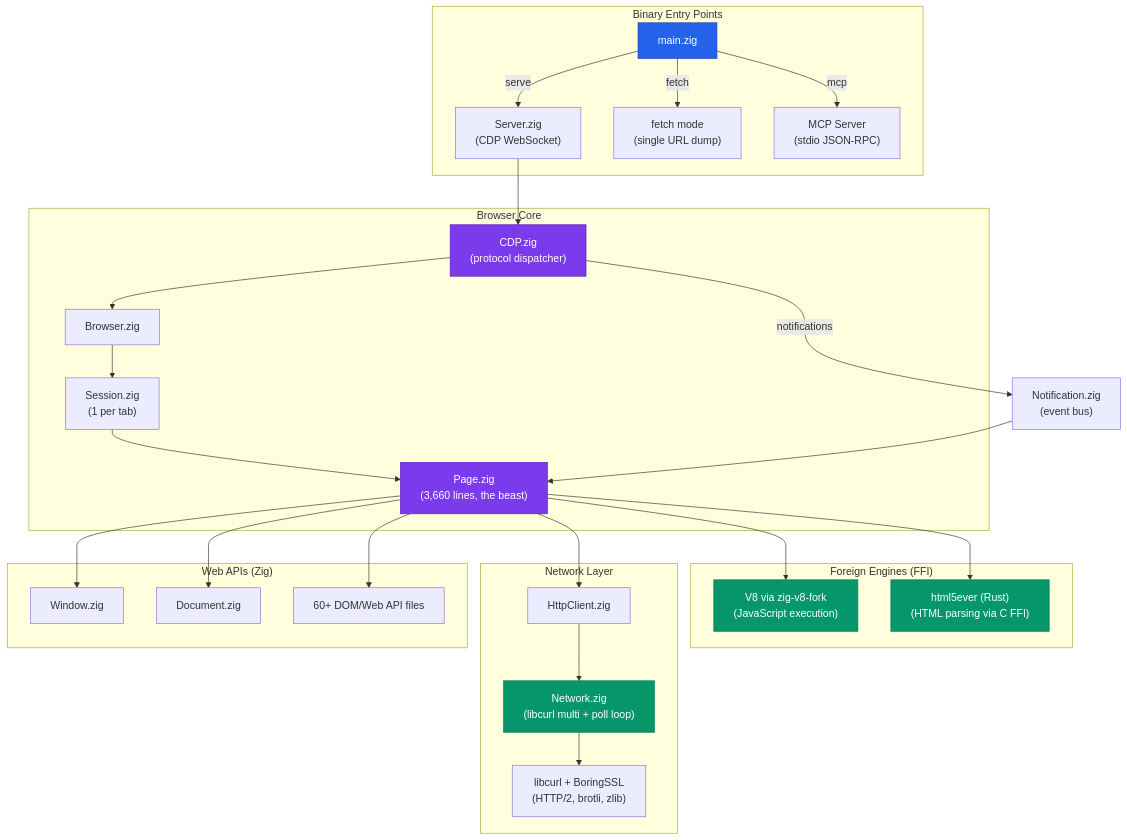
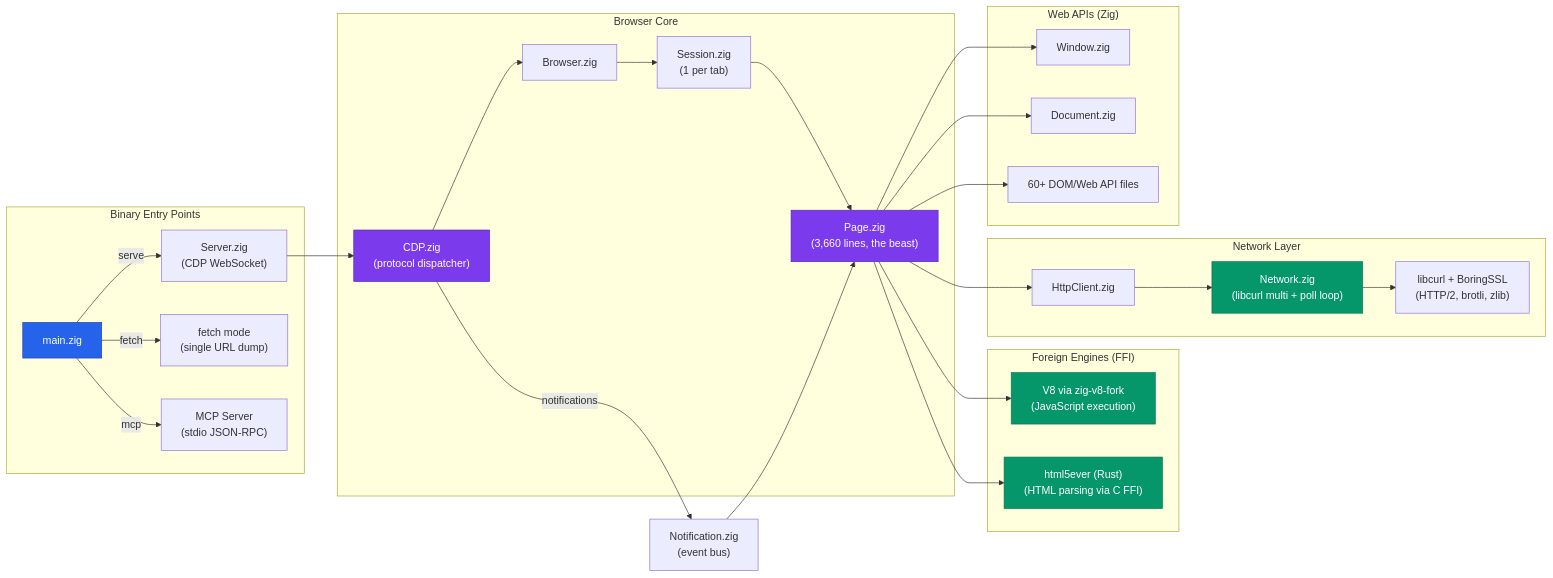
The first of 3 diagrams in lightpanda-browser/README.md (NeuZhou/awesome-ai-anatomy), drawn with Mermaid before and after one commit. The commit also changed other lines of this file and 13 other files, not shown here.

Commit message:
feat: add PNG architecture diagrams for remaining 7 teardowns

````diff
--- a/lightpanda-browser/README.md
+++ b/lightpanda-browser/README.md
@@ -26,48 +31,48 @@
 ```mermaid
-graph TB
+graph LR
     subgraph Entry["Binary Entry Points"]
         Main["main.zig"] --> |"serve"| Server["Server.zig\n(CDP WebSocket)"]
         Main --> |"fetch"| Fetch["fetch mode\n(single URL dump)"]
         Main --> |"mcp"| MCP["MCP Server\n(stdio JSON-RPC)"]
     end
 
     subgraph Core["Browser Core"]
         Server --> CDP["CDP.zig\n(protocol dispatcher)"]
         CDP --> Browser["Browser.zig"]
         Browser --> Session["Session.zig\n(1 per tab)"]
         Session --> Page["Page.zig\n(3,660 lines, the beast)"]
     end
 
     subgraph Engines["Foreign Engines (FFI)"]
         Page --> V8["V8 via zig-v8-fork\n(JavaScript execution)"]
         Page --> H5E["html5ever (Rust)\n(HTML parsing via C FFI)"]
     end
 
     subgraph Net["Network Layer"]
         Page --> HttpClient["HttpClient.zig"]
         HttpClient --> Network["Network.zig\n(libcurl multi + poll loop)"]
         Network --> Curl["libcurl + BoringSSL\n(HTTP/2, brotli, zlib)"]
     end
 
     subgraph WebAPI["Web APIs (Zig)"]
         Page --> Window["Window.zig"]
         Page --> Document["Document.zig"]
         Page --> DOM["60+ DOM/Web API files"]
     end
 
     CDP --> |"notifications"| Notification["Notification.zig\n(event bus)"]
     Notification --> Page
 
     classDef primary fill:#2563eb,stroke:#1e40af,color:#fff
     classDef secondary fill:#7c3aed,stroke:#5b21b6,color:#fff
     classDef accent fill:#059669,stroke:#047857,color:#fff
     classDef warn fill:#d97706,stroke:#b45309,color:#fff
     classDef neutral fill:#374151,stroke:#1f2937,color:#fff
 
     class Main primary
     class Page secondary
     class CDP secondary
     class V8 accent
     class H5E accent
     class Network accent
 ```
````
